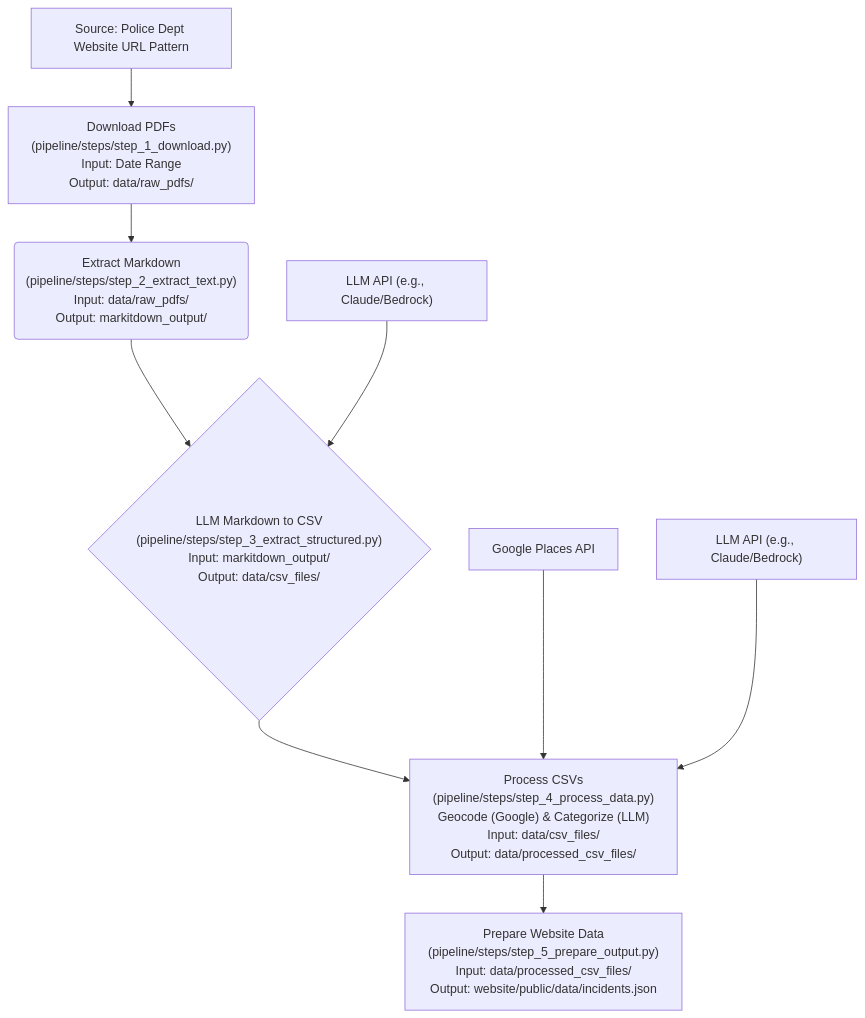
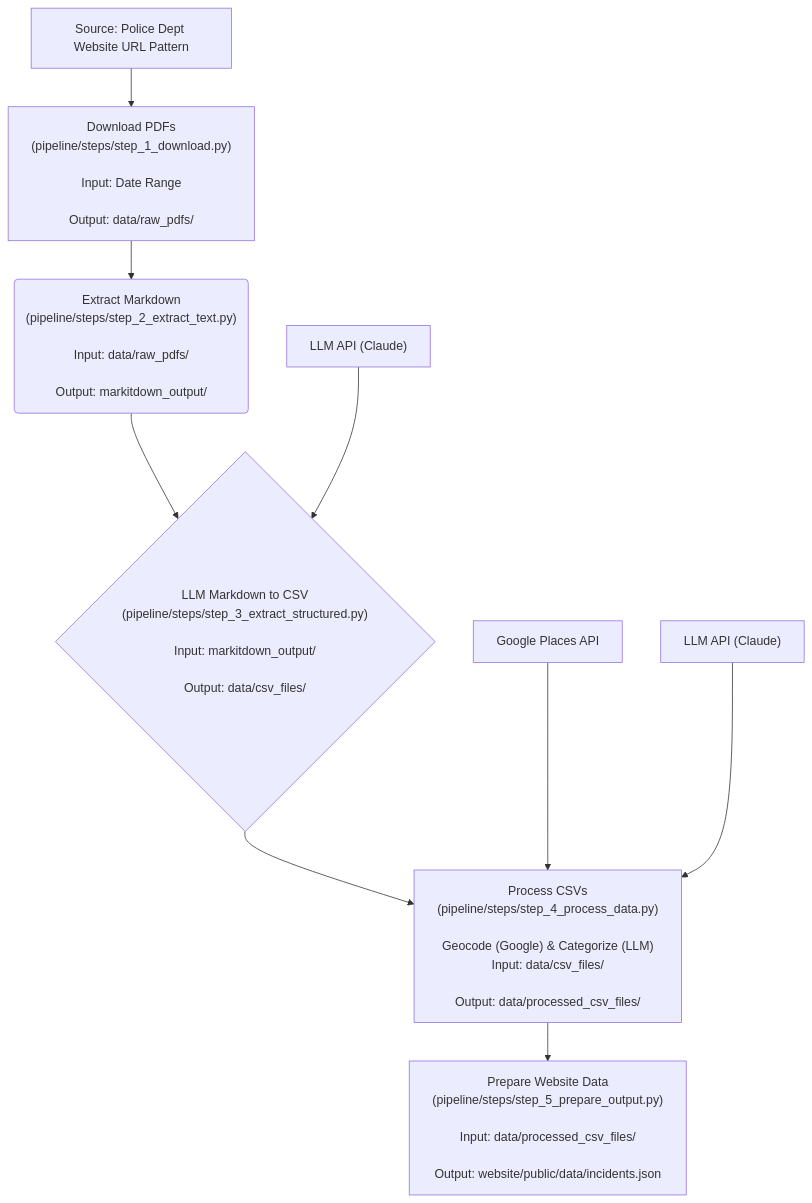
The diagram in README.md (ma08/palo_alto_police_log_analysis), drawn with Mermaid before and after one commit. The commit also changed other lines of this file, not shown here.

````diff
--- a/README.md
+++ b/README.md
@@ -24,12 +31,12 @@
 ```mermaid
 graph TD
-    A["Download PDFs<br>(pipeline/steps/step_1_download.py)<br>Input: Date Range<br>Output: data/raw_pdfs/"] --> B("Extract Markdown<br>(pipeline/steps/step_2_extract_text.py)<br>Input: data/raw_pdfs/<br>Output: markitdown_output/");
-    B --> C{"LLM Markdown to CSV<br>(pipeline/steps/step_3_extract_structured.py)<br>Input: markitdown_output/<br>Output: data/csv_files/"};
-    C --> D["Process CSVs<br>(pipeline/steps/step_4_process_data.py)<br>Geocode (Google) & Categorize (LLM)<br>Input: data/csv_files/<br>Output: data/processed_csv_files/"];
-    D --> E["Prepare Website Data<br>(pipeline/steps/step_5_prepare_output.py)<br>Input: data/processed_csv_files/<br>Output: website/public/data/incidents.json"];
+    A["Download PDFs<br>(pipeline/steps/step_1_download.py)<br><br>Input: Date Range<br><br>Output: data/raw_pdfs/"] --> B("Extract Markdown<br>(pipeline/steps/step_2_extract_text.py)<br><br>Input: data/raw_pdfs/<br><br>Output: markitdown_output/");
+    B --> C{"LLM Markdown to CSV<br>(pipeline/steps/step_3_extract_structured.py)<br><br>Input: markitdown_output/<br><br>Output: data/csv_files/"};
+    C --> D["Process CSVs<br>(pipeline/steps/step_4_process_data.py)<br><br>Geocode (Google) & Categorize (LLM)<br>Input: data/csv_files/<br><br>Output: data/processed_csv_files/"];
+    D --> E["Prepare Website Data<br>(pipeline/steps/step_5_prepare_output.py)<br><br>Input: data/processed_csv_files/<br><br>Output: website/public/data/incidents.json"];
     F["Source: Police Dept Website URL Pattern"] --> A;
     G["Google Places API"] --> D;
-    H["LLM API (e.g., Claude/Bedrock)"] --> C;
-    I["LLM API (e.g., Claude/Bedrock)"] --> D;
+    H["LLM API (Claude)"] --> C;
+    I["LLM API (Claude)"] --> D;
 
 ```
````
